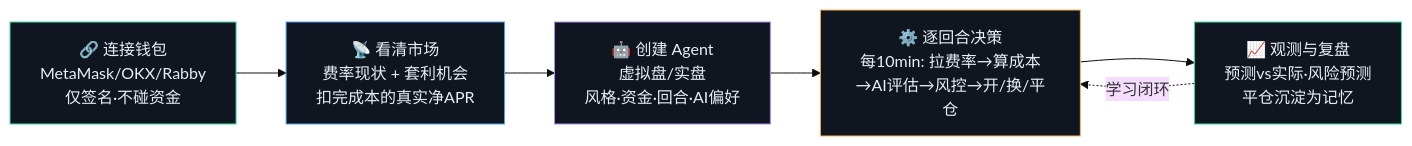
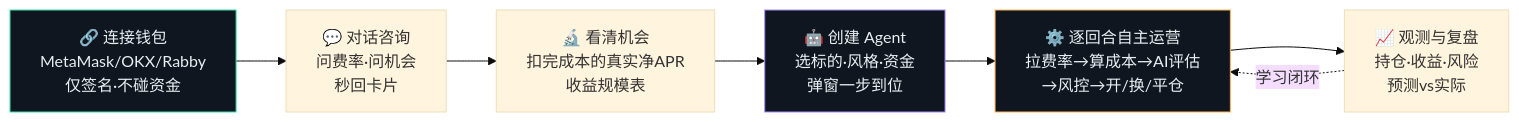
One commit to OneHaydenZhang/CarryPilot changed the first of 3 diagrams in README.md. Above: the diagram before and after it, drawn with Mermaid (base theme). The commit also changed other lines of this file and 4 other files, not shown here.

Commit message:
Docs: split into product README (功能) + technical doc (docs/TECHNICAL.md), bilingual & diagram-rich; untrack & gitignore PRD (docs/产品文档)

````diff
--- a/README.md
+++ b/README.md
@@ -46,13 +42,12 @@
 ```mermaid
 flowchart LR
-    A[🔗 连接钱包<br/>MetaMask/OKX/Rabby<br/>仅签名·不碰资金] --> B[📡 看清市场<br/>费率现状 + 套利机会<br/>扣完成本的真实净APR]
-    B --> C[🤖 创建 Agent<br/>虚拟盘/实盘<br/>风格·资金·回合·AI偏好]
-    C --> D[⚙️ 逐回合决策<br/>每10min: 拉费率→算成本<br/>→AI评估→风控→开/换/平仓]
-    D --> E[📈 观测与复盘<br/>预测vs实际·风险预测<br/>平仓沉淀为记忆]
-    E -.学习闭环.-> D
+    A["🔗 连接钱包<br/>MetaMask/OKX/Rabby<br/>仅签名·不碰资金"] --> B["💬 对话咨询<br/>问费率·问机会<br/>秒回卡片"]
+    B --> C["🔬 看清机会<br/>扣完成本的真实净APR<br/>收益规模表"]
+    C --> D["🤖 创建 Agent<br/>选标的·风格·资金<br/>弹窗一步到位"]
+    D --> E["⚙️ 逐回合自主运营<br/>拉费率→算成本→AI评估<br/>→风控→开/换/平仓"]
+    E --> F["📈 观测与复盘<br/>持仓·收益·风险<br/>预测vs实际"]
+    F -.学习闭环.-> E
     style A fill:#10161f,stroke:#2ee6a8,color:#e9eef5
-    style B fill:#10161f,stroke:#4d9fff,color:#e9eef5
-    style C fill:#10161f,stroke:#a78bfa,color:#e9eef5
-    style D fill:#10161f,stroke:#ffb454,color:#e9eef5
-    style E fill:#10161f,stroke:#2ee6a8,color:#e9eef5
+    style D fill:#10161f,stroke:#a78bfa,color:#e9eef5
+    style E fill:#10161f,stroke:#ffb454,color:#e9eef5
 ```
````
